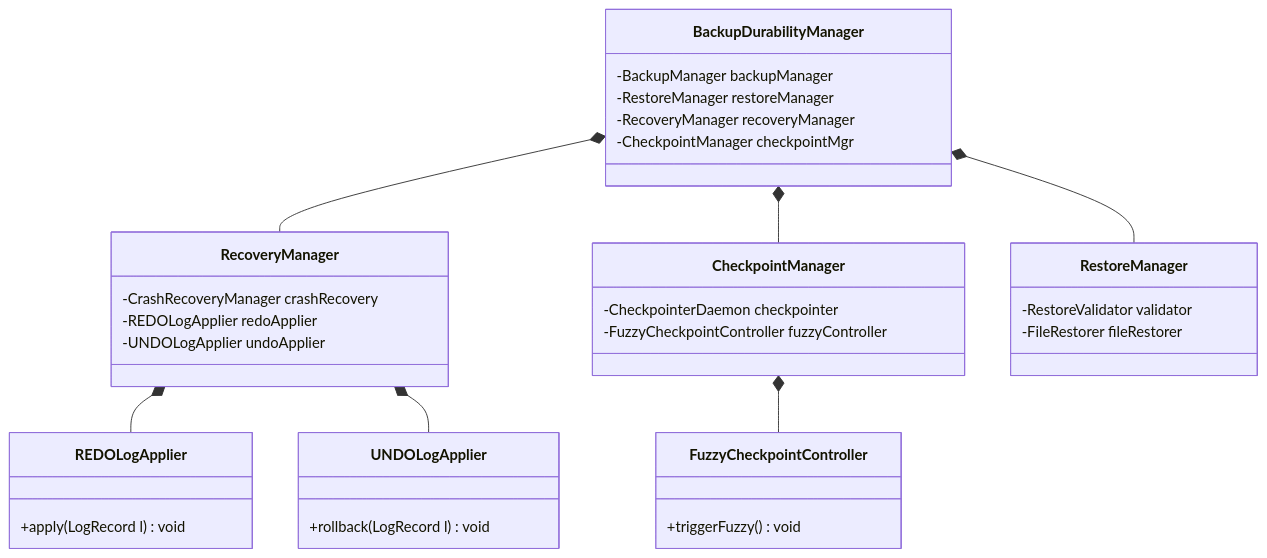
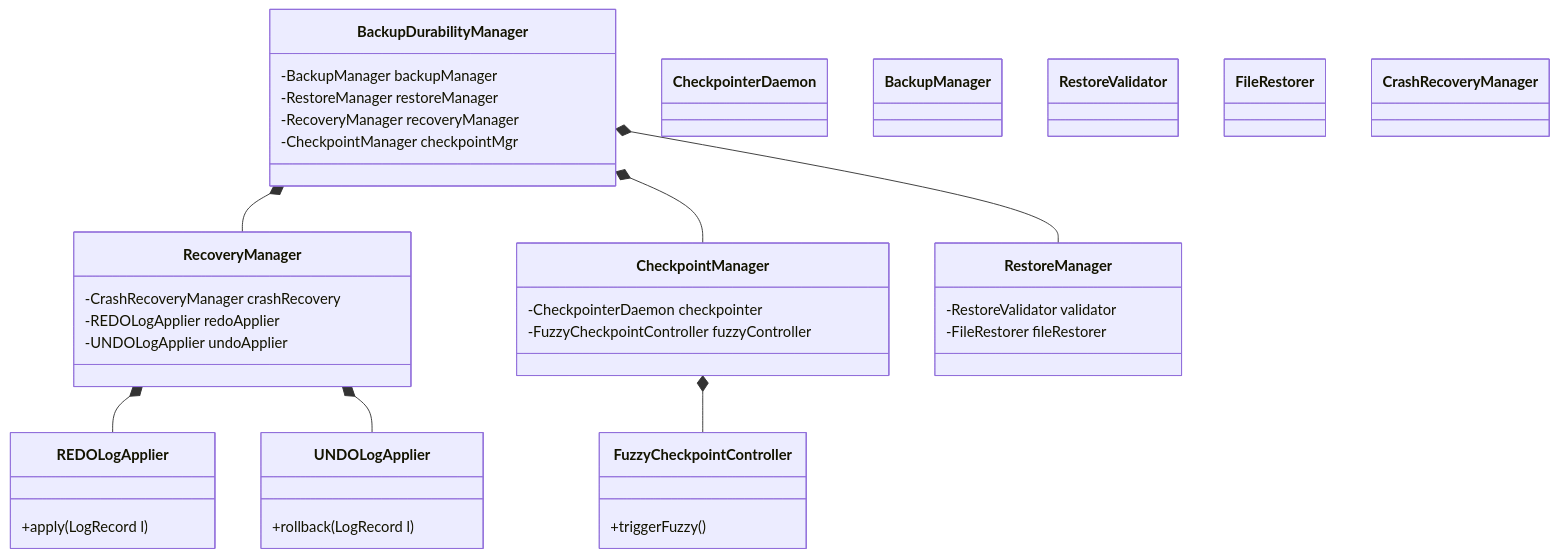
The seventh of 9 diagrams in README.md (TamBui1706/DBMS), drawn with Mermaid before and after one commit. The commit also changed other lines of this file, not shown here.

Commit message:
Fix GitHub Mermaid strict parser issues: explicitly define all referenced classes in classDiagrams, simplify types

````diff
--- a/README.md
+++ b/README.md
@@ -661,37 +701,42 @@
 ```mermaid
 classDiagram
     class BackupDurabilityManager {
         -BackupManager backupManager
         -RestoreManager restoreManager
         -RecoveryManager recoveryManager
         -CheckpointManager checkpointMgr
     }
     class RecoveryManager {
         -CrashRecoveryManager crashRecovery
         -REDOLogApplier redoApplier
         -UNDOLogApplier undoApplier
     }
     class REDOLogApplier {
-        +apply(LogRecord l) void
+        +apply(LogRecord l)
     }
     class UNDOLogApplier {
-        +rollback(LogRecord l) void
+        +rollback(LogRecord l)
     }
     class CheckpointManager {
         -CheckpointerDaemon checkpointer
         -FuzzyCheckpointController fuzzyController
     }
     class FuzzyCheckpointController {
-        +triggerFuzzy() void
+        +triggerFuzzy()
     }
     class RestoreManager {
         -RestoreValidator validator
         -FileRestorer fileRestorer
     }
     BackupDurabilityManager *-- RecoveryManager
     BackupDurabilityManager *-- CheckpointManager
     BackupDurabilityManager *-- RestoreManager
     RecoveryManager *-- REDOLogApplier
     RecoveryManager *-- UNDOLogApplier
     CheckpointManager *-- FuzzyCheckpointController
+    class CheckpointerDaemon
+    class BackupManager
+    class RestoreValidator
+    class FileRestorer
+    class CrashRecoveryManager
 ```
````
